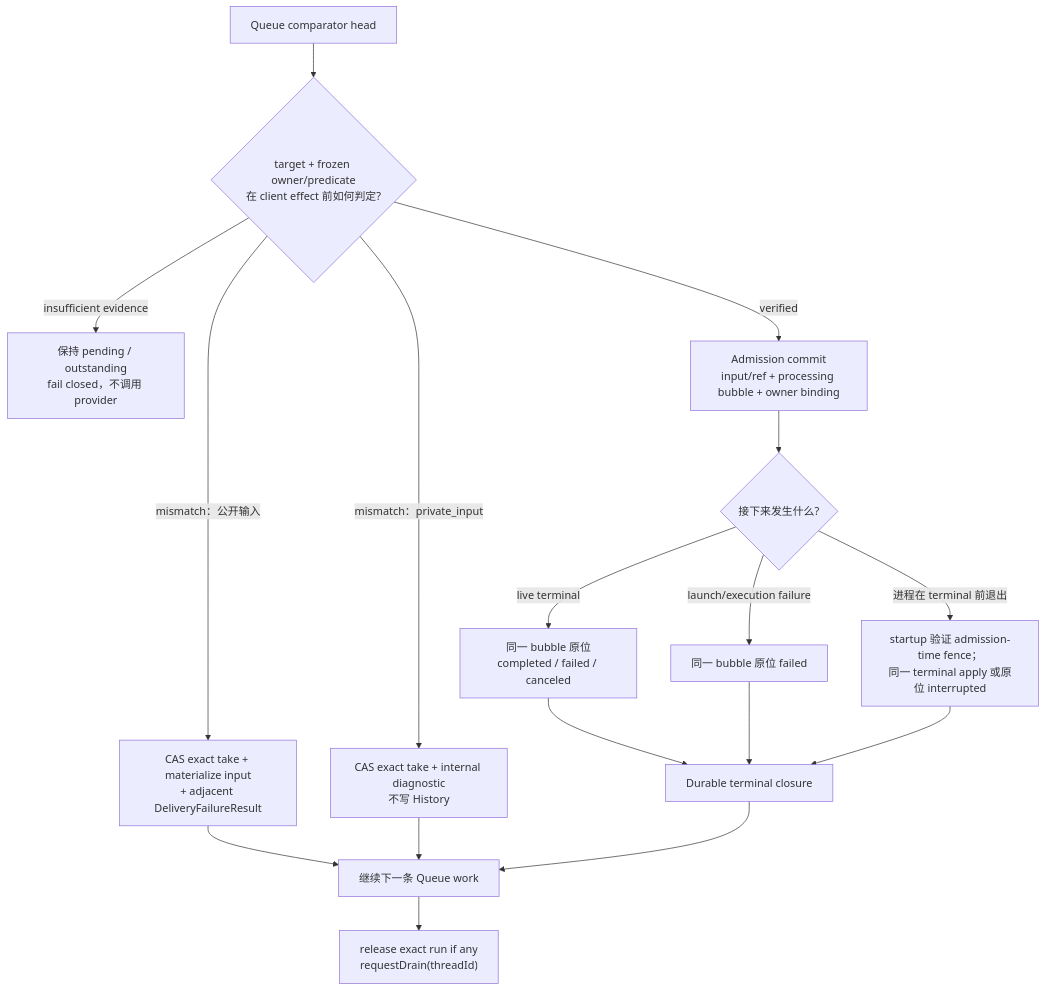
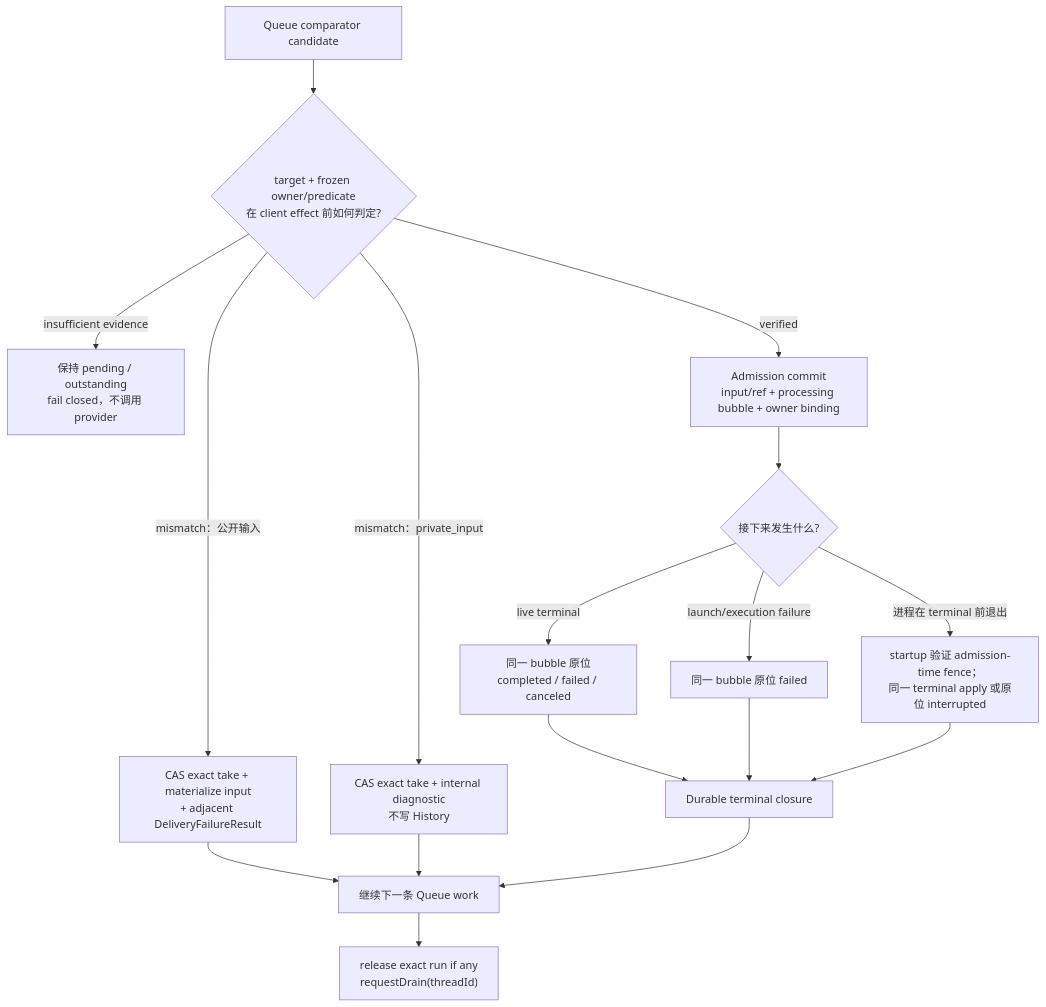
One commit to 08mamba24/clowder-ai changed the sixth of 8 diagrams in docs/architecture/message-delivery-handling-handoff-audit.md. Above: the diagram before and after it, drawn with Mermaid. The commit also changed other lines of this file and 2024 other files, not shown here.

````diff
--- a/docs/architecture/message-delivery-handling-handoff-audit.md
+++ b/docs/architecture/message-delivery-handling-handoff-audit.md
@@ -281,19 +288,19 @@
 ```mermaid
 flowchart TD
-    Q["Queue comparator head"] --> V{"target + frozen owner/predicate<br/>在 client effect 前如何判定?"}
+    Q["Queue comparator candidate"] --> V{"target + frozen owner/predicate<br/>在 client effect 前如何判定?"}
     V -->|"mismatch：公开输入"| PF["CAS exact take + materialize input<br/>+ adjacent DeliveryFailureResult"]
     V -->|"mismatch：private_input"| PI["CAS exact take + internal diagnostic<br/>不写 History"]
     V -->|"insufficient evidence"| P["保持 pending / outstanding<br/>fail closed，不调用 provider"]
     V -->|"verified"| A["Admission commit<br/>input/ref + processing bubble + owner binding"]
     A --> C{"接下来发生什么?"}
     C -->|"live terminal"| T["同一 bubble 原位<br/>completed / failed / canceled"]
     C -->|"launch/execution failure"| F["同一 bubble 原位 failed"]
     C -->|"进程在 terminal 前退出"| I["startup 验证 admission-time fence；<br/>同一 terminal apply 或原位 interrupted"]
     T --> X["Durable terminal closure"]
     F --> X
     I --> X
     PF --> N["继续下一条 Queue work"]
     PI --> N
     X --> N
     N --> D["release exact run if any<br/>requestDrain(threadId)"]
 ```
````
